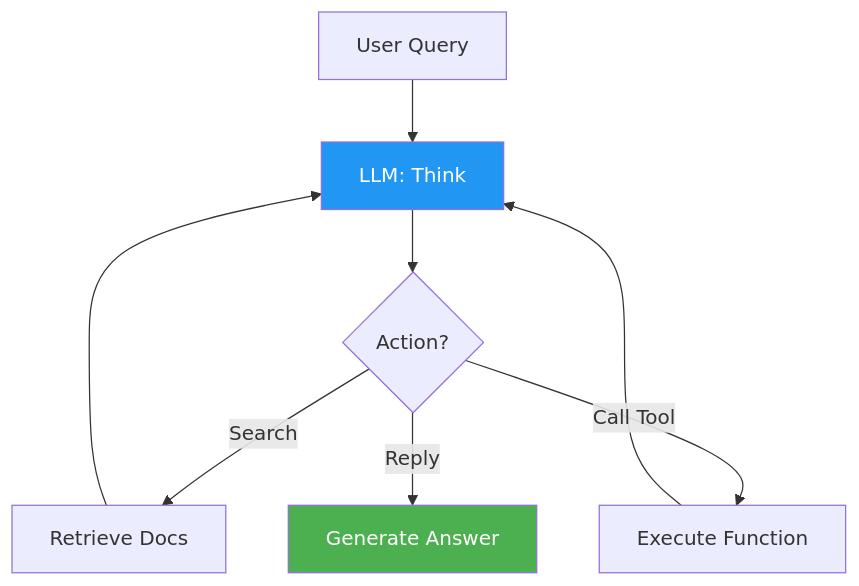
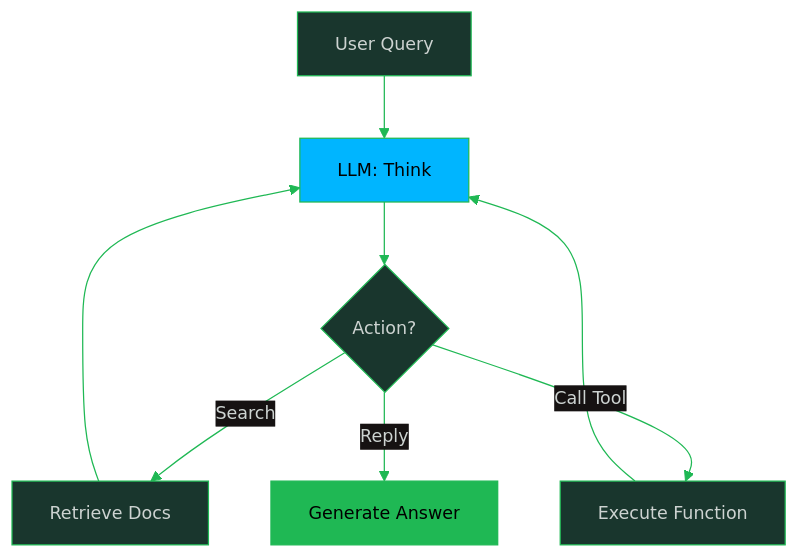
The second of 3 diagrams in computing-foundation-note/Artificial_Intelligence/10_LLM_Production_Patterns.md (oat431/swe-knowledge), drawn with Mermaid before and after one commit. The commit also changed other lines of this file and 139 other files, not shown here.

````diff
--- a/computing-foundation-note/Artificial_Intelligence/10_LLM_Production_Patterns.md
+++ b/computing-foundation-note/Artificial_Intelligence/10_LLM_Production_Patterns.md
@@ -117,13 +119,14 @@
 ```mermaid
+%%{init: {'theme':'base','themeVariables':{'primaryColor':'#19362D','primaryTextColor':'#CDD3D1','primaryBorderColor':'#1FB854','lineColor':'#1FB854','secondaryColor':'#161212','tertiaryColor':'#1B1717','background':'#1B1717','mainBkg':'#19362D','nodeBorder':'#1FB854','clusterBkg':'#161212','clusterBorder':'#19362D','titleColor':'#1FB854','edgeLabelBackground':'#161212','fontSize':'14px'}}}%%
 flowchart TD
     START["User Query"] --> THINK["LLM: Think"]
     THINK --> DECIDE{"Action?"}
     DECIDE -->|"Search"| SEARCH["Retrieve Docs"]
     DECIDE -->|"Call Tool"| TOOL["Execute Function"]
     DECIDE -->|"Reply"| ANSWER["Generate Answer"]
     SEARCH --> THINK
     TOOL --> THINK
     
-    style THINK fill:#2196F3,color:#fff
-    style ANSWER fill:#4CAF50,color:#fff
+    style THINK fill:#00B5FF,color:#000000
+    style ANSWER fill:#1FB854,color:#000000
 ```
````
